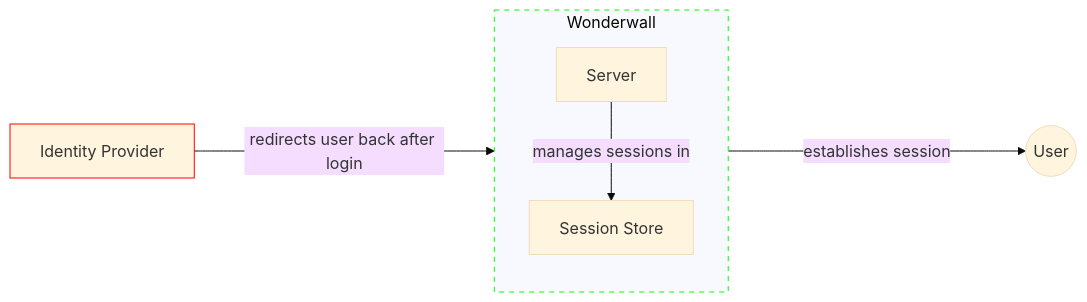
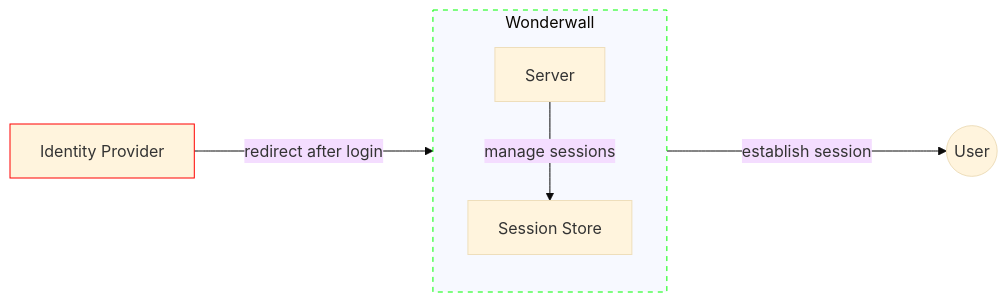
The third of 4 diagrams in docs/addons/wonderwall.md (nais/doc), drawn with Mermaid (base theme) before and after one commit. The commit also changed other lines of this file, not shown here.

Commit message:
wonderwall: clean up mermaid diagram descriptions

````diff
--- a/docs/addons/wonderwall.md
+++ b/docs/addons/wonderwall.md
@@ -50,13 +50,13 @@
 ```mermaid
 graph LR
   style Wonderwall stroke:#0f0,stroke-dasharray: 5
   style IDP stroke:#f00
   
-  IDP[Identity Provider] -- "redirects user back after login" ---> Wonderwall
+  IDP[Identity Provider] -- "redirect after login" ---> Wonderwall
   
   subgraph Wonderwall
-    Server -- "manages sessions in" --> Store[Session Store]
+    Server -- "manage sessions" --> Store[Session Store]
   end
   
-  Wonderwall -- "establishes session" ----> U((User))
+  Wonderwall -- "establish session" ----> U((User))
 ```
````
